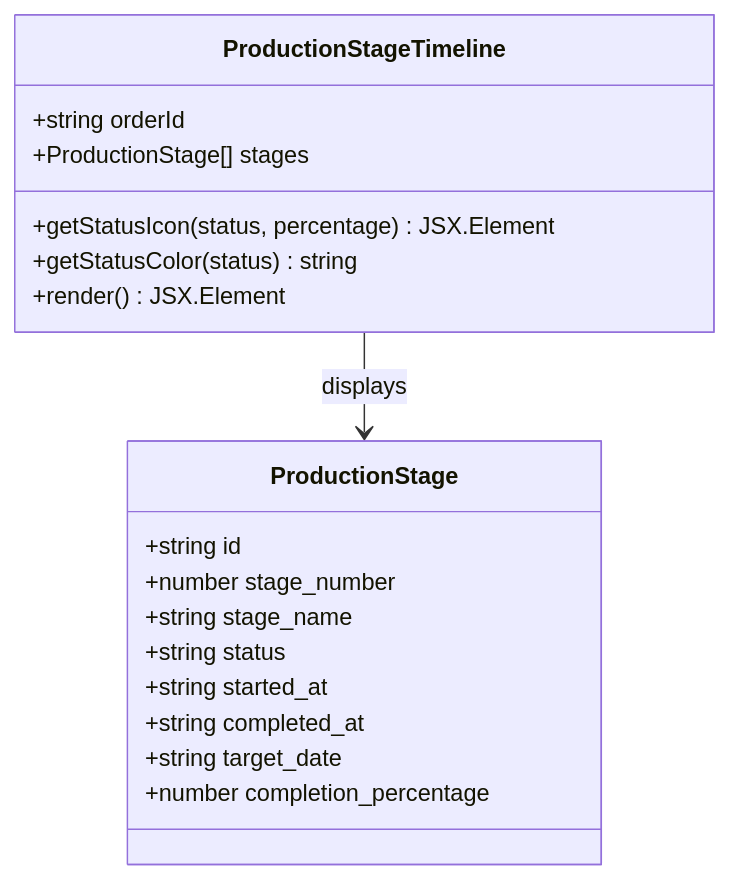
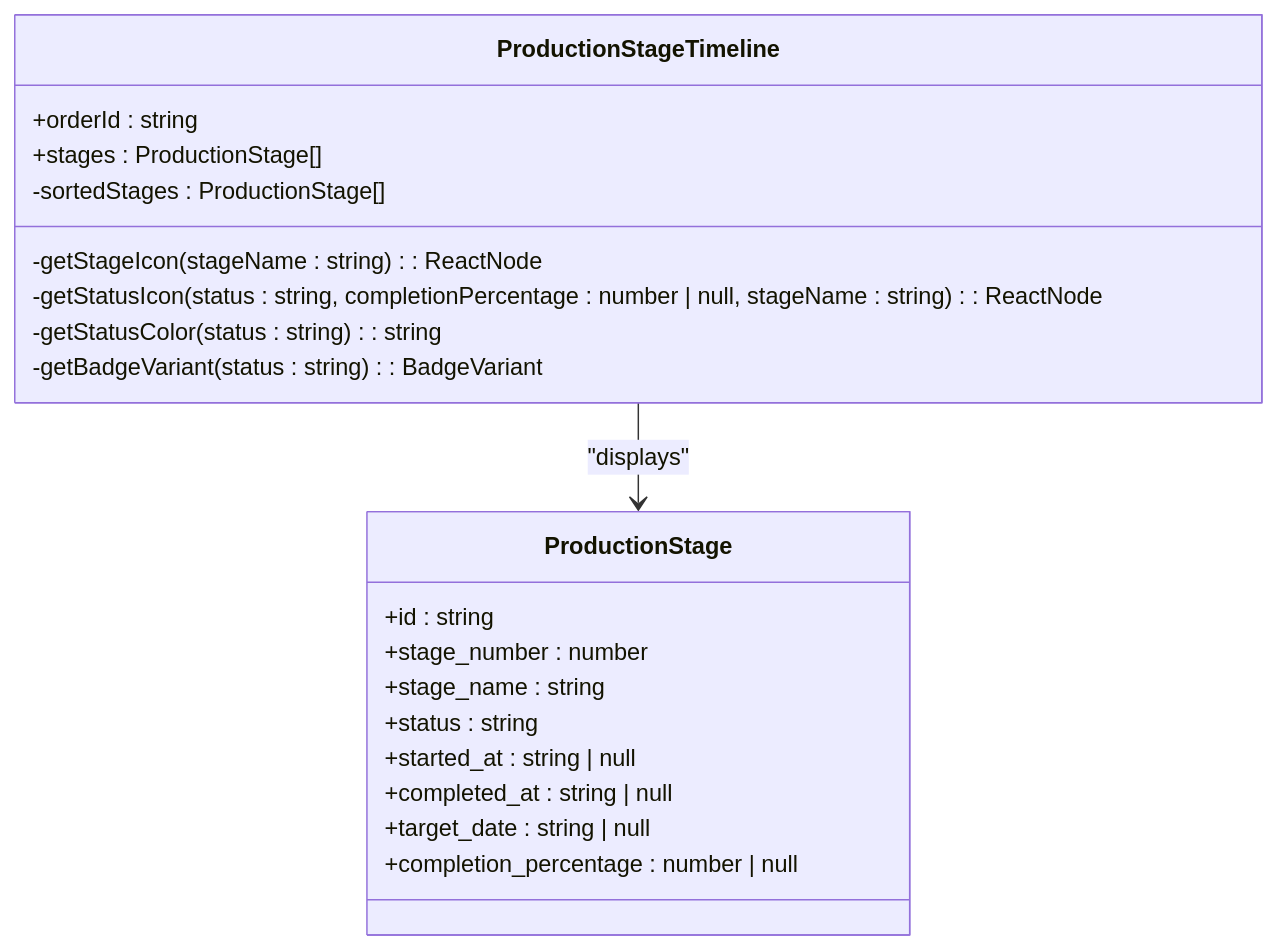
One commit to sleekapparels-admin/sleekapp-v100 changed the third of 9 diagrams in .qoder/repowiki/en/content/Core Features/LoopTrace™ Production Tracking/LoopTrace™ Production Tracking.md. Above: the diagram before and after it, drawn with Mermaid. The commit also changed other lines of this file and 337 other files, not shown here.

````diff
--- a/.qoder/repowiki/en/content/Core Features/LoopTrace™ Production Tracking/LoopTrace™ Production Tracking.md
+++ b/.qoder/repowiki/en/content/Core Features/LoopTrace™ Production Tracking/LoopTrace™ Production Tracking.md
@@ -88,21 +130,23 @@
 ```mermaid
 classDiagram
 class ProductionStageTimeline {
-+string orderId
-+ProductionStage[] stages
-+getStatusIcon(status, percentage) JSX.Element
-+getStatusColor(status) string
-+render() JSX.Element
++orderId : string
++stages : ProductionStage[]
+-getStageIcon(stageName : string) : ReactNode
+-getStatusIcon(status : string, completionPercentage : number | null, stageName : string) : ReactNode
+-getStatusColor(status : string) : string
+-getBadgeVariant(status : string) : BadgeVariant
+-sortedStages : ProductionStage[]
 }
 class ProductionStage {
-+string id
-+number stage_number
-+string stage_name
-+string status
-+string started_at
-+string completed_at
-+string target_date
-+number completion_percentage
++id : string
++stage_number : number
++stage_name : string
++status : string
++started_at : string | null
++completed_at : string | null
++target_date : string | null
++completion_percentage : number | null
 }
-ProductionStageTimeline --> ProductionStage : displays
+ProductionStageTimeline --> ProductionStage : "displays"
 ```
````
